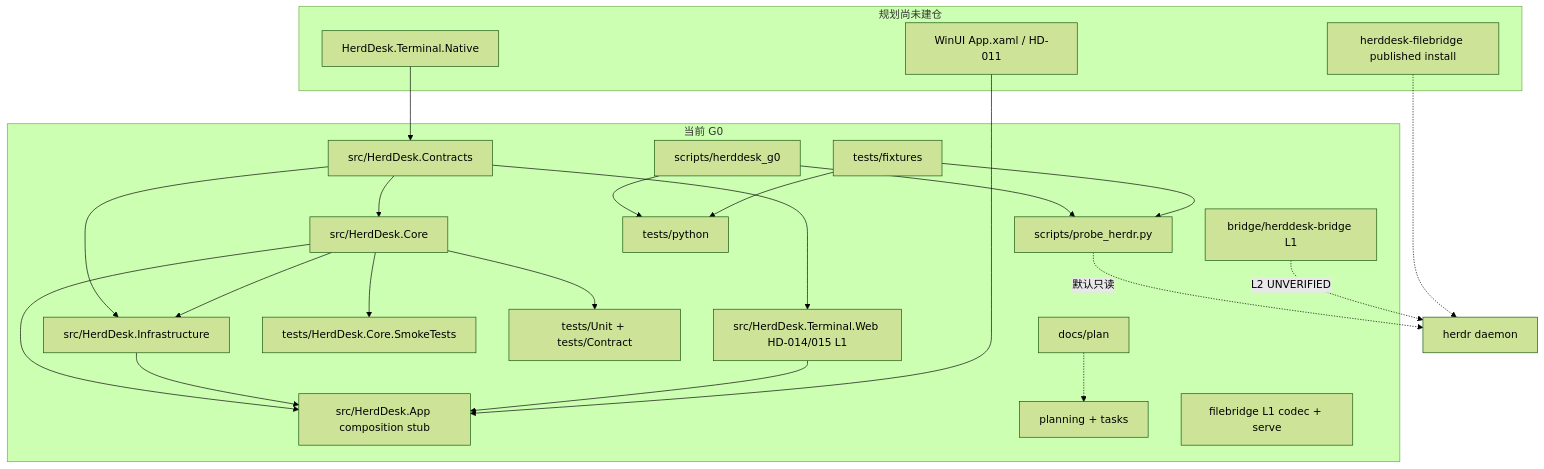
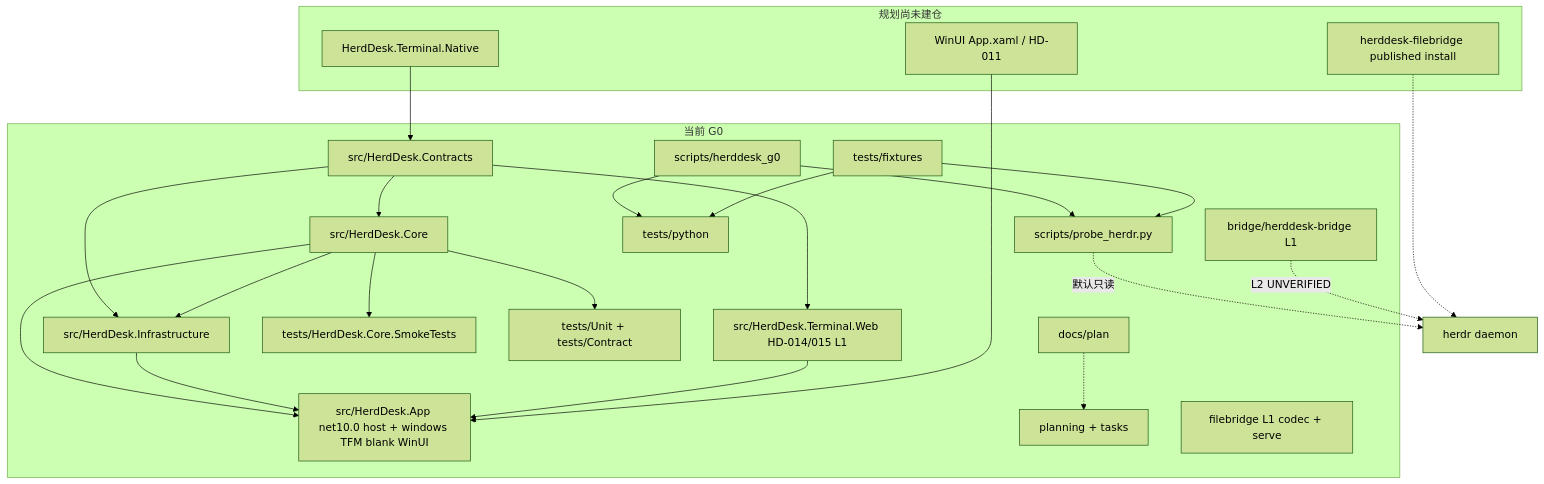
The diagram in CLAUDE.md (bahayonghang/HerdrDesk), drawn with Mermaid (forest theme) before and after one commit. The commit also changed other lines of this file and 59 other files, not shown here.

First line of the commit message:
feat(app): ✨ 准入 App windows TFM 的 WinUI 2.3.6 lock

````diff
--- a/CLAUDE.md
+++ b/CLAUDE.md
@@ -32,45 +32,45 @@
 ```mermaid
 flowchart TB
   subgraph current [当前 G0]
     Contracts["src/HerdDesk.Contracts"]
     Core["src/HerdDesk.Core"]
     Infra["src/HerdDesk.Infrastructure"]
     WebTerm["src/HerdDesk.Terminal.Web HD-014/015 L1"]
-    App["src/HerdDesk.App composition stub"]
+    App["src/HerdDesk.App net10.0 host + windows TFM blank WinUI"]
     Smoke["tests/HerdDesk.Core.SmokeTests"]
     Unit["tests/Unit + tests/Contract"]
     Proto["scripts/herddesk_g0"]
     Probe["scripts/probe_herdr.py"]
     PyTests["tests/python"]
     Fixtures["tests/fixtures"]
     PlanDocs["docs/plan"]
     Active["planning + tasks"]
     Contracts --> Core
     Contracts --> Infra
     Core --> Infra
     Contracts --> WebTerm
     Core --> App
     Infra --> App
     WebTerm --> App
     Core --> Smoke
     Core --> Unit
     Proto --> Probe
     Proto --> PyTests
     Fixtures --> PyTests
     Fixtures --> Probe
     PlanDocs -.-> Active
     Bridge["bridge/herddesk-bridge L1"]
     FileBrCodec["filebridge L1 codec + serve"]
   end
   subgraph planned [规划尚未建仓]
     NativeTerm["HerdDesk.Terminal.Native"]
     WinUiShell["WinUI App.xaml / HD-011"]
     FileBr["herddesk-filebridge published install"]
     NativeTerm --> Contracts
     WinUiShell --> App
   end
   herdr["herdr daemon"]
   Probe -.->|默认只读| herdr
   Bridge -.->|L2 UNVERIFIED| herdr
   FileBr -.-> herdr
 ```
````
